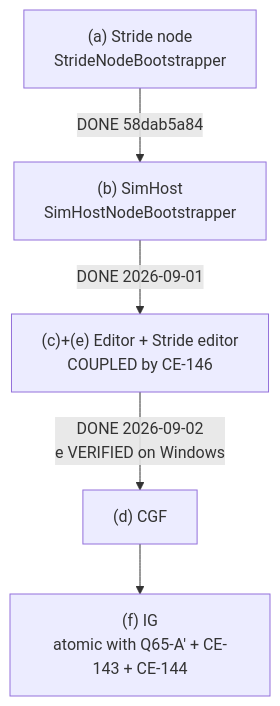
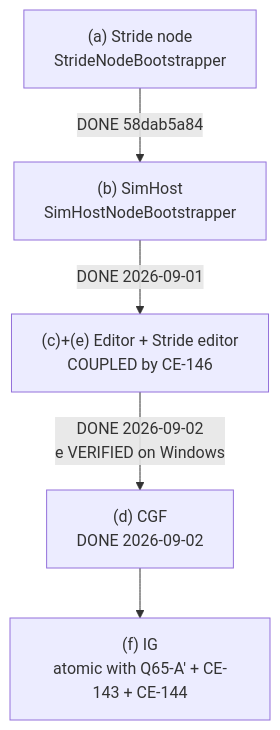
One commit to pjanec/HROT changed the diagram in docs/blueprints/BOOTSTRAP_Entity_Creation_Session.md. Above: the diagram before and after it, drawn with Mermaid. The commit also changed other lines of this file and 2 other files, not shown here.

First line of the commit message:
CE-140 step 3: CGF adopts EntityCreationPack (P1 host d) — all five materialising hosts now share it

````diff
--- a/docs/blueprints/BOOTSTRAP_Entity_Creation_Session.md
+++ b/docs/blueprints/BOOTSTRAP_Entity_Creation_Session.md
@@ -93,7 +93,7 @@
 ```mermaid
 graph TD
     A["(a) Stride node<br/>StrideNodeBootstrapper"] -->|DONE 58dab5a84| B["(b) SimHost<br/>SimHostNodeBootstrapper"]
     B -->|DONE 2026-09-01| CE["(c)+(e) Editor + Stride editor<br/>COUPLED by CE-146"]
-    CE -->|DONE 2026-09-02<br/>e VERIFIED on Windows| D["(d) CGF"]
+    CE -->|DONE 2026-09-02<br/>e VERIFIED on Windows| D["(d) CGF<br/>DONE 2026-09-02"]
     D --> F["(f) IG<br/>atomic with Q65-A' + CE-143 + CE-144"]
 ```
````
